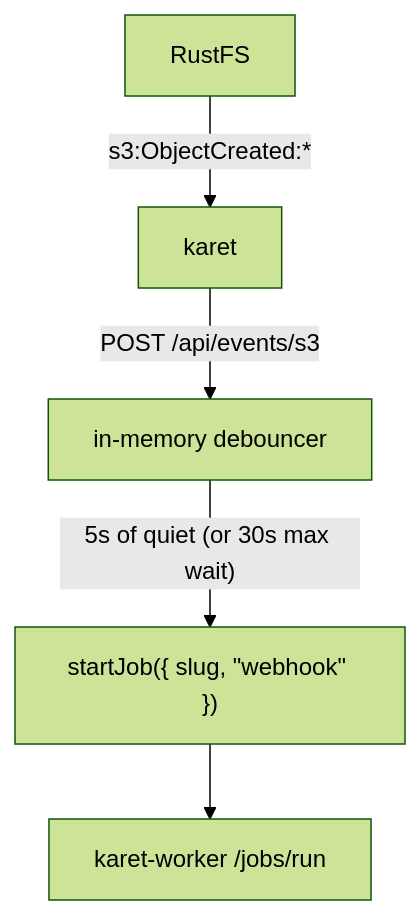
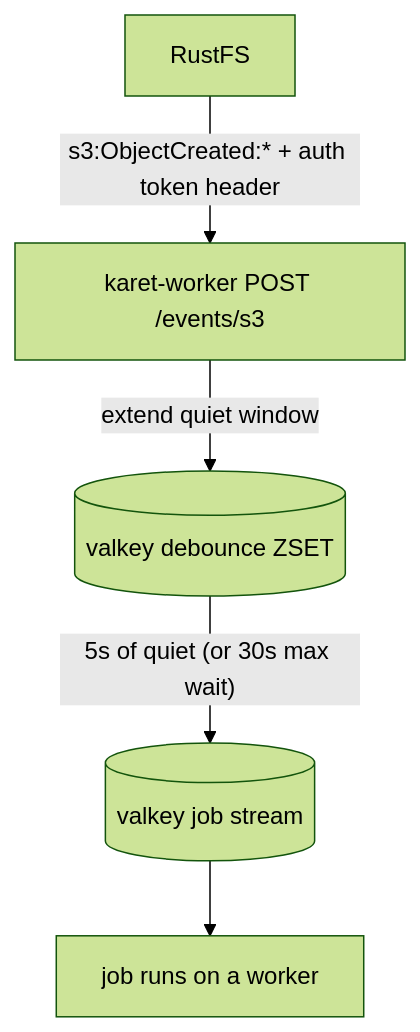
The diagram in guide/webhooks.md (karet-org/karet-docs), drawn with Mermaid (forest theme) before and after one commit. The commit also changed other lines of this file and 7 other files, not shown here.

First line of the commit message:
Update docs for the v0.2.0 queue architecture

````diff
--- a/guide/webhooks.md
+++ b/guide/webhooks.md
@@ -9,13 +12,13 @@
 ```mermaid
 flowchart TB
   rustfs["RustFS"]
-  web["karet"]
-  debouncer["in-memory debouncer"]
-  startjob["startJob({ slug, &quot;webhook&quot; })"]
-  worker["karet-worker /jobs/run"]
+  worker["karet-worker POST /events/s3"]
+  debounce[("valkey debounce ZSET")]
+  queue[("valkey job stream")]
+  run["job runs on a worker"]
 
-  rustfs -->|"s3:ObjectCreated:*"| web
-  web -->|"POST /api/events/s3"| debouncer
-  debouncer -->|"5s of quiet (or 30s max wait)"| startjob
-  startjob --> worker
+  rustfs -->|"s3:ObjectCreated:* + auth token header"| worker
+  worker -->|"extend quiet window"| debounce
+  debounce -->|"5s of quiet (or 30s max wait)"| queue
+  queue --> run
 ```
````
